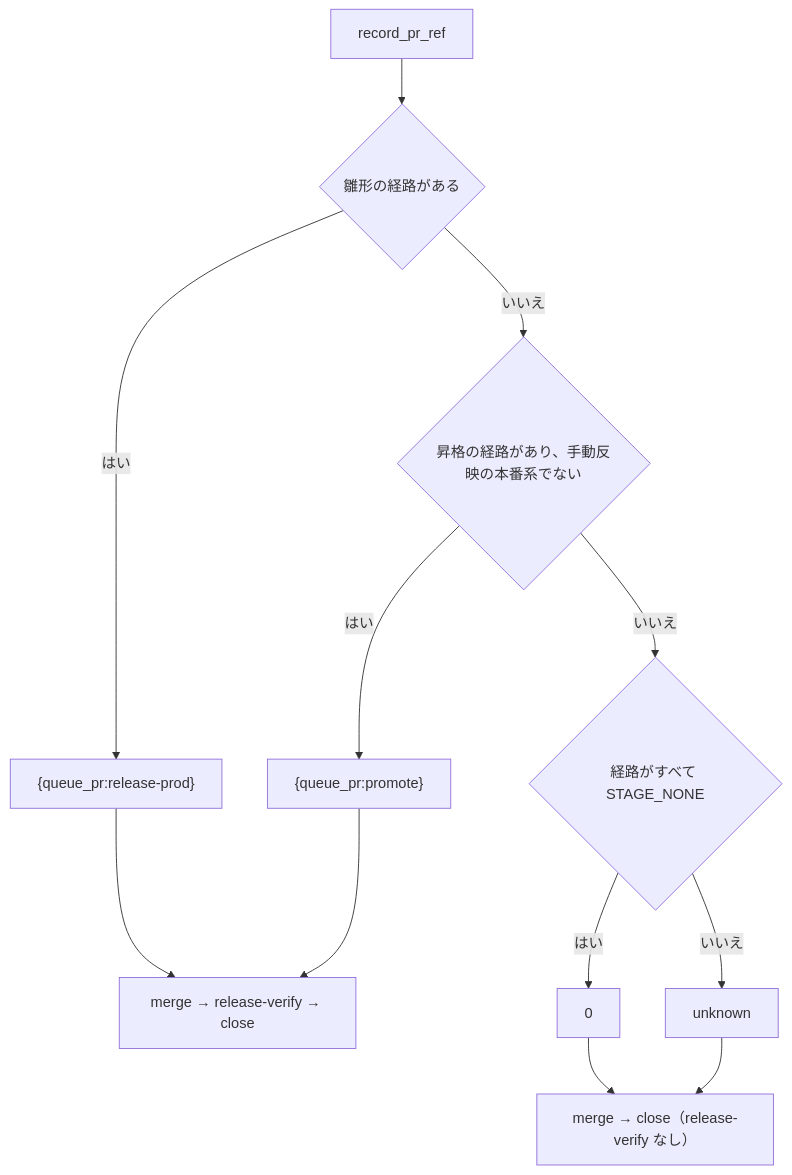
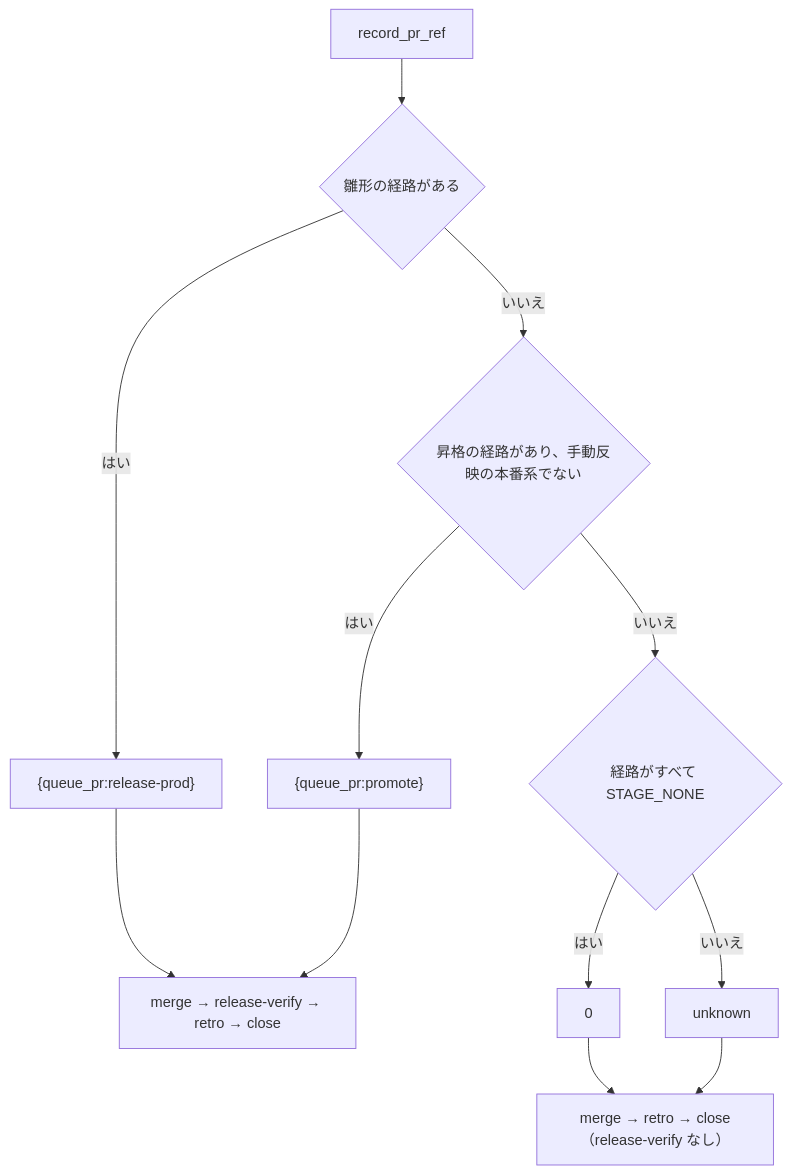
One commit to devbasex/ai-plugins changed the diagram in docs/specifications/ndf-sprint-misjudgments-unknown-record-and-manual-none.md. Above: the diagram before and after it, drawn with Mermaid. The commit also changed other lines of this file and 5 other files, not shown here.

````diff
--- a/docs/specifications/ndf-sprint-misjudgments-unknown-record-and-manual-none.md
+++ b/docs/specifications/ndf-sprint-misjudgments-unknown-record-and-manual-none.md
@@ -106,14 +106,14 @@
 ```mermaid
 flowchart TD
   A["record_pr_ref"] --> B{"雛形の経路がある"}
   B -- はい --> T["{queue_pr:release-prod}"]
   B -- いいえ --> C{"昇格の経路があり、手動反映の本番系でない"}
   C -- はい --> P["{queue_pr:promote}"]
   C -- いいえ --> D{"経路がすべて STAGE_NONE"}
   D -- はい --> Z["0"]
   D -- いいえ --> U["unknown"]
-  T --> V["merge → release-verify → close"]
+  T --> V["merge → release-verify → retro → close"]
   P --> V
-  Z --> W["merge → close（release-verify なし）"]
+  Z --> W["merge → retro → close（release-verify なし）"]
   U --> W
 ```
````
